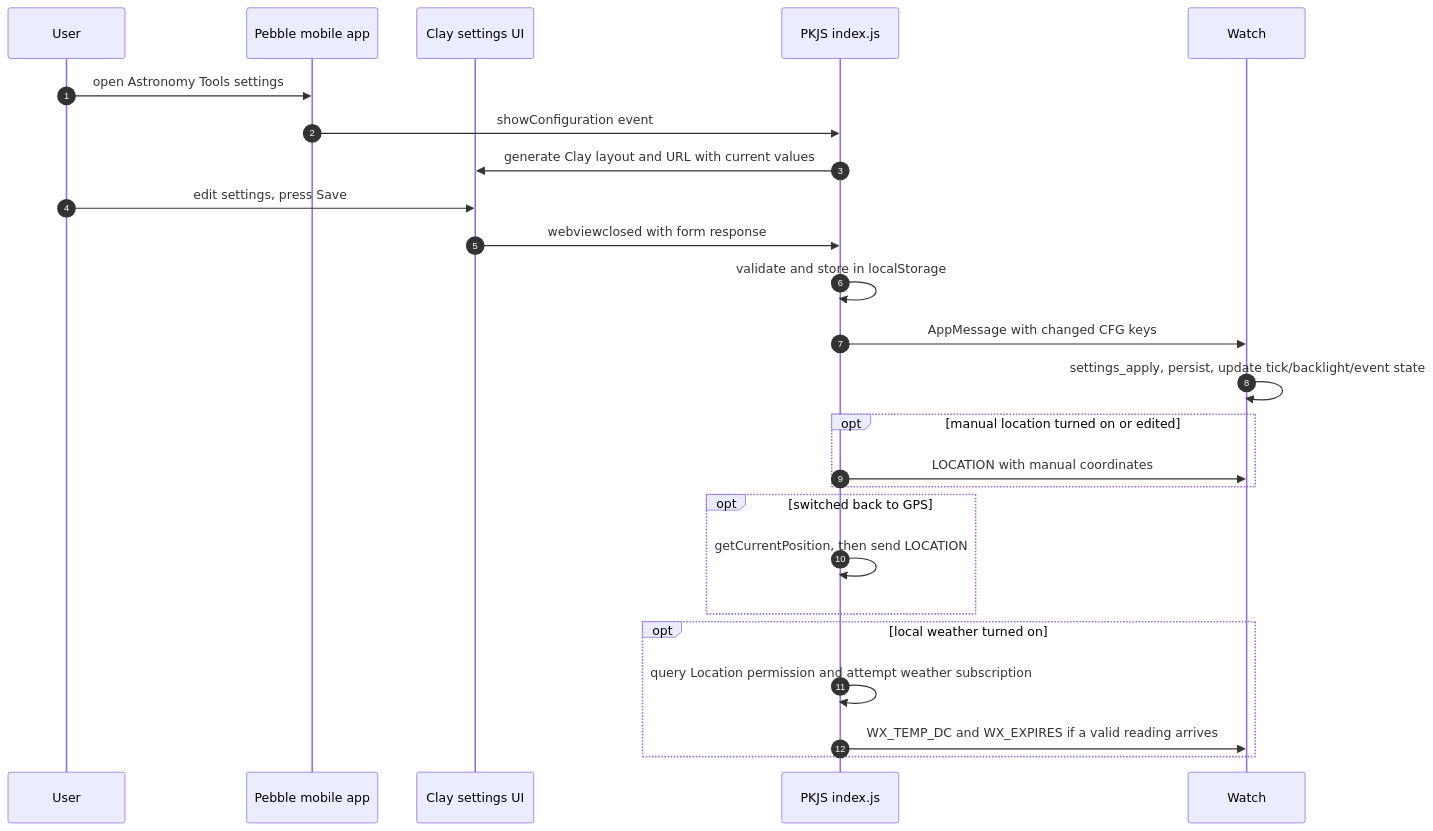
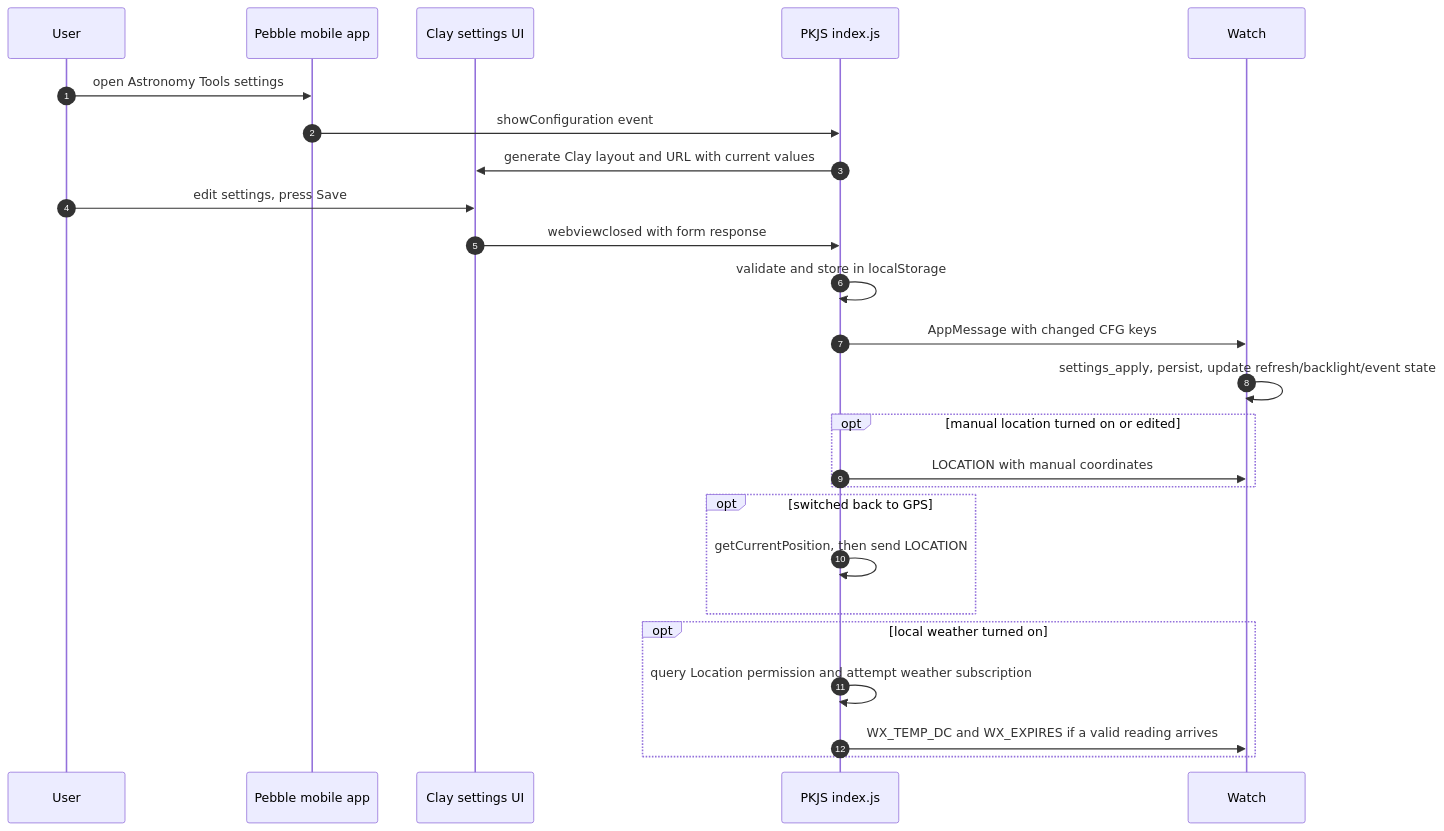
Before and after one commit to ewsandor/AstroSlop: the seventh of 10 diagrams in docs/DESIGN.md, drawn with Mermaid. The commit also changed other lines of this file and 6 other files, not shown here.

````diff
--- a/docs/DESIGN.md
+++ b/docs/DESIGN.md
@@ -627,28 +645,28 @@
 ```mermaid
 sequenceDiagram
     autonumber
     participant User
     participant PhoneApp as Pebble mobile app
     participant Page as Clay settings UI
     participant PKJS as PKJS index.js
     participant Watch
 
     User->>PhoneApp: open Astronomy Tools settings
     PhoneApp->>PKJS: showConfiguration event
     PKJS->>Page: generate Clay layout and URL with current values
     User->>Page: edit settings, press Save
     Page->>PKJS: webviewclosed with form response
     PKJS->>PKJS: validate and store in localStorage
     PKJS->>Watch: AppMessage with changed CFG keys
-    Watch->>Watch: settings_apply, persist, update tick/backlight/event state
+    Watch->>Watch: settings_apply, persist, update refresh/backlight/event state
     opt manual location turned on or edited
         PKJS->>Watch: LOCATION with manual coordinates
     end
     opt switched back to GPS
         PKJS->>PKJS: getCurrentPosition, then send LOCATION
     end
     opt local weather turned on
         PKJS->>PKJS: query Location permission and attempt weather subscription
         PKJS->>Watch: WX_TEMP_DC and WX_EXPIRES if a valid reading arrives
     end
 ```
````
